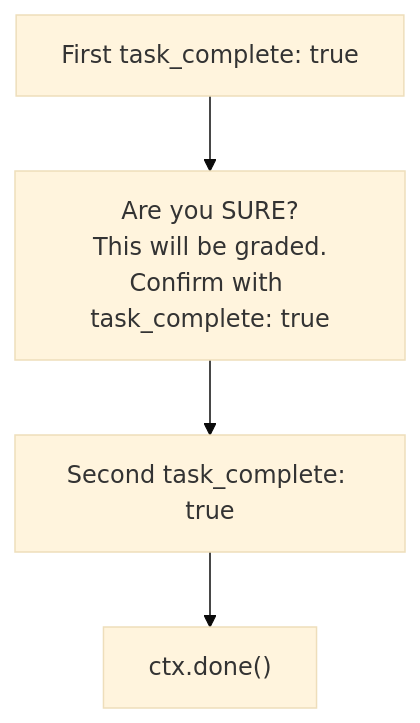
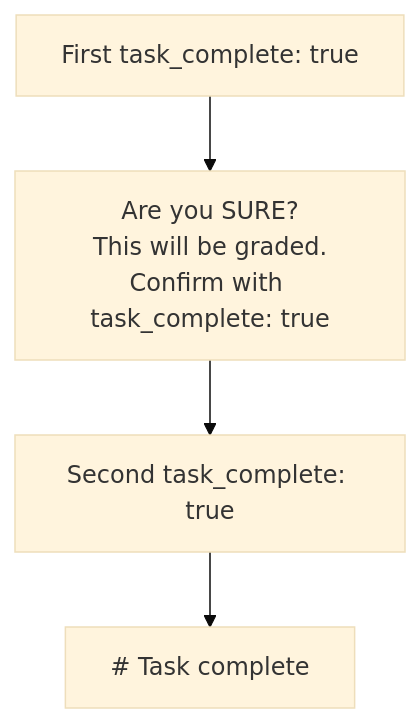
One commit to PlatformNetwork/baseagent changed the sixth of 6 diagrams in rules/02-architecture-patterns.md. Above: the diagram before and after it, drawn with Mermaid (base theme). The commit also changed other lines of this file and 13 other files, not shown here.

First line of the commit message:
Replace ctx.shell/ctx.done with subprocess pattern

````diff
--- a/rules/02-architecture-patterns.md
+++ b/rules/02-architecture-patterns.md
@@ -405,6 +405,6 @@
 ```mermaid
 flowchart TB
     A["First task_complete: true"] --> B["Are you SURE?<br/>This will be graded.<br/>Confirm with task_complete: true"]
     B --> C["Second task_complete: true"]
-    C --> D["ctx.done()"]
+    C --> D["# Task complete"]
 ```
````
